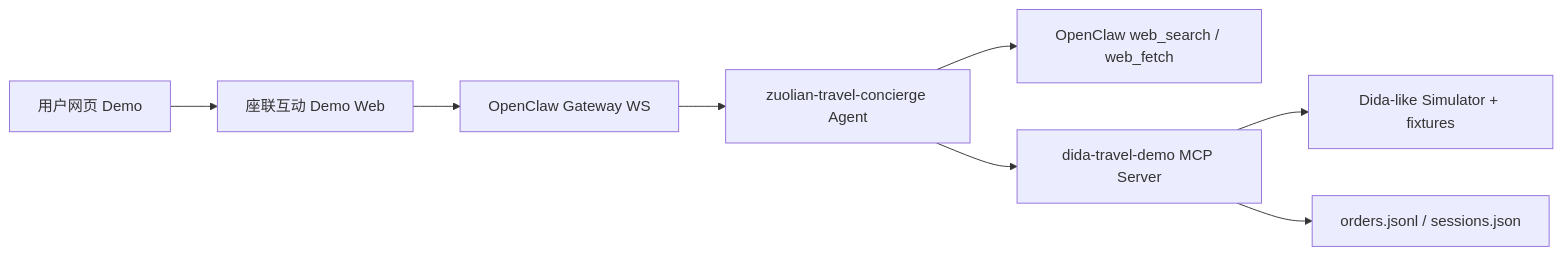
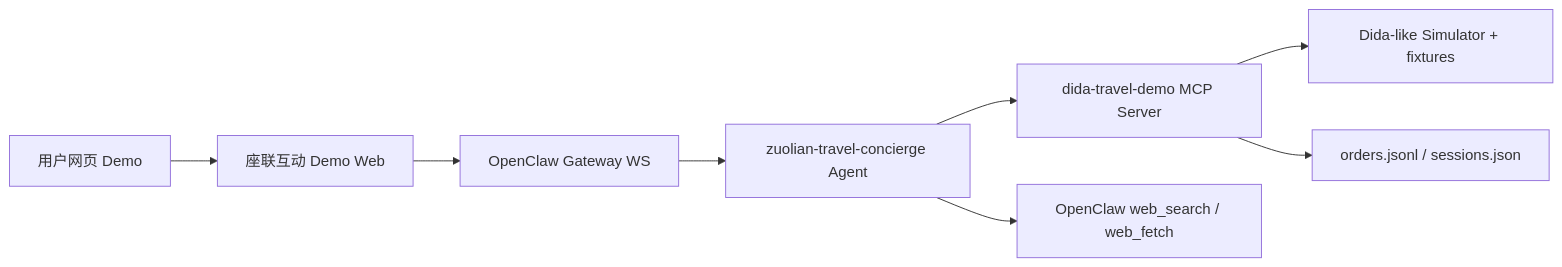
The second of 2 diagrams in 座联互动/DESIGN.md (Sentura-Inc/Sentura-Platform), drawn with Mermaid before and after one commit. The commit also changed other lines of this file and 21 other files, not shown here.

````diff
--- a/座联互动/DESIGN.md
+++ b/座联互动/DESIGN.md
@@ -245,10 +245,10 @@
 ```mermaid
 flowchart LR
     User["用户网页 Demo"] --> Web["座联互动 Demo Web"]
     Web --> GW["OpenClaw Gateway WS"]
     GW --> Agent["zuolian-travel-concierge Agent"]
+    Agent --> MCP["dida-travel-demo MCP Server"]
     Agent --> Search["OpenClaw web_search / web_fetch"]
-    Agent --> MCP["dida-travel-demo MCP Server"]
     MCP --> Sim["Dida-like Simulator + fixtures"]
     MCP --> Store["orders.jsonl / sessions.json"]
 ```
````
